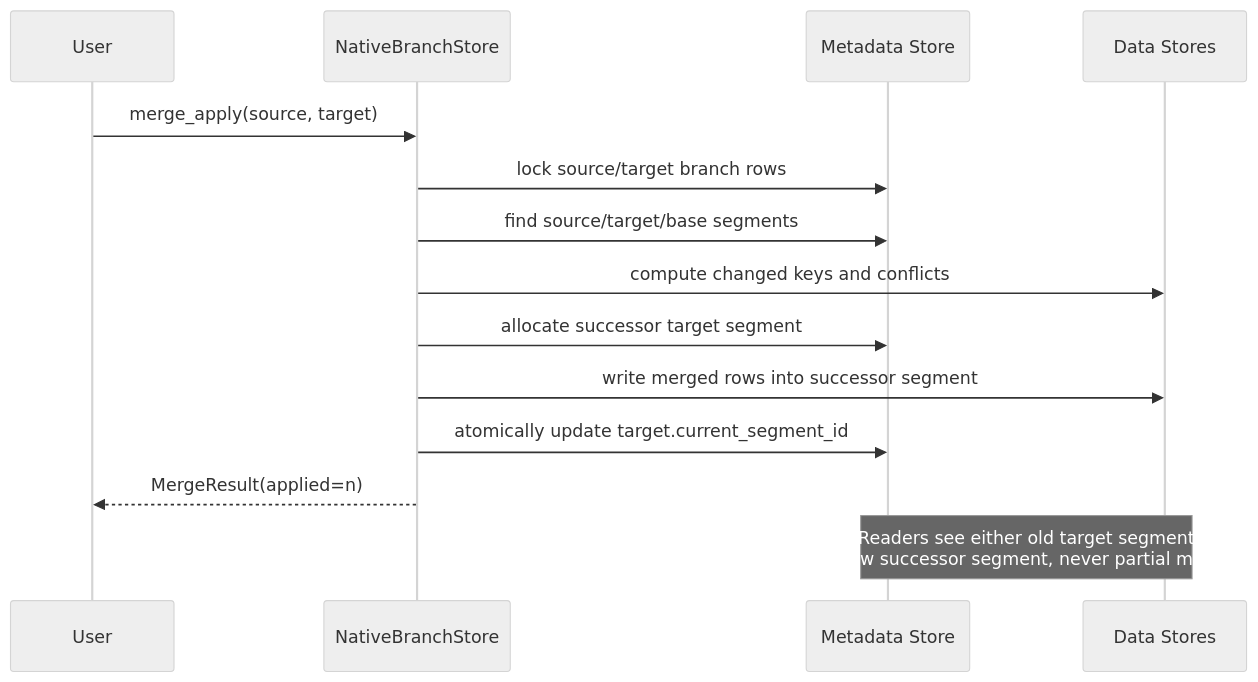
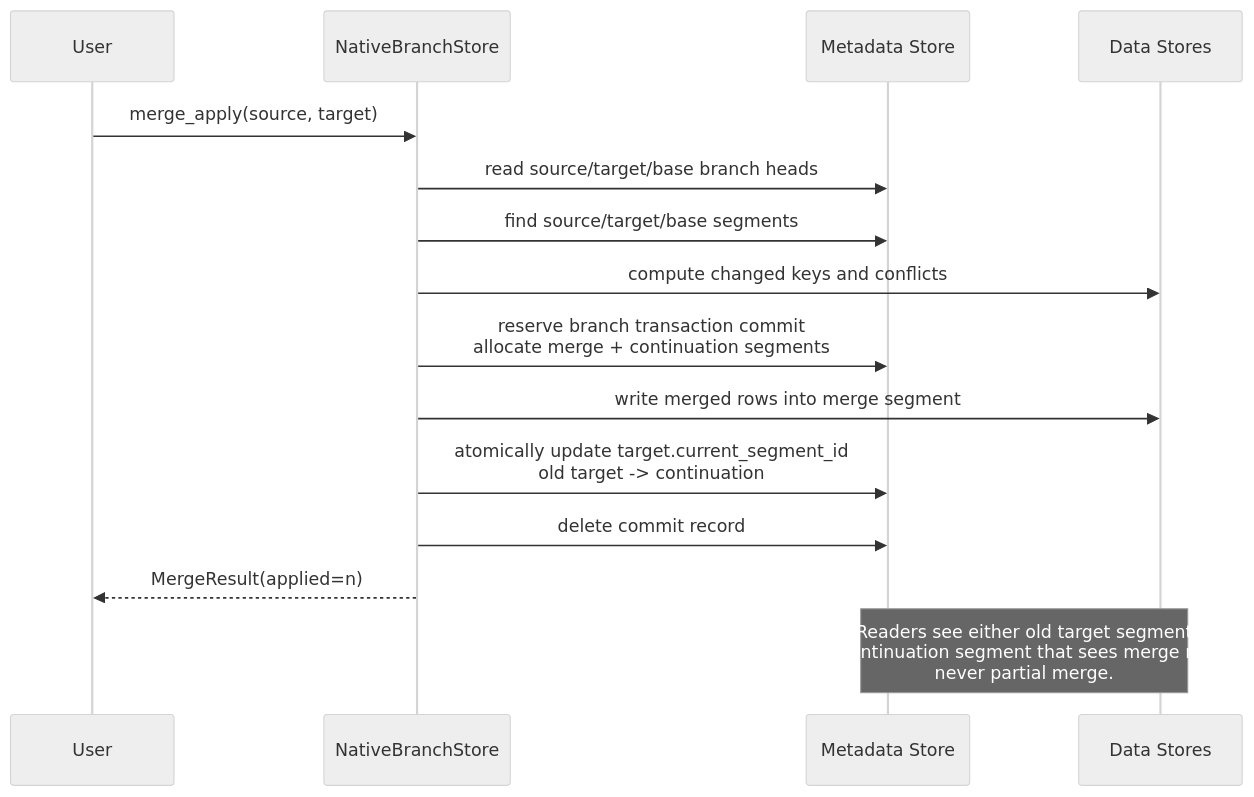
One commit to mitdbg/chronos changed the diagram in docs/diagrams/interval-merge-publish.mmd. Above: the diagram before and after it, drawn with Mermaid (neutral theme). The commit also changed 35 other files, not shown here.

First line of the commit message:
feat: add native multi-store branch commits

```diff
--- a/docs/diagrams/interval-merge-publish.mmd
+++ b/docs/diagrams/interval-merge-publish.mmd
@@ -1,16 +1,17 @@
 sequenceDiagram
   participant User
   participant Native as NativeBranchStore
   participant Meta as Metadata Store
   participant Data as Data Stores
 
   User->>Native: merge_apply(source, target)
-  Native->>Meta: lock source/target branch rows
+  Native->>Meta: read source/target/base branch heads
   Native->>Meta: find source/target/base segments
   Native->>Data: compute changed keys and conflicts
-  Native->>Meta: allocate successor target segment
-  Native->>Data: write merged rows into successor segment
-  Native->>Meta: atomically update target.current_segment_id
+  Native->>Meta: reserve branch transaction commit<br/>allocate merge + continuation segments
+  Native->>Data: write merged rows into merge segment
+  Native->>Meta: atomically update target.current_segment_id<br/>old target -> continuation
+  Native->>Meta: delete commit record
   Native-->>User: MergeResult(applied=n)
 
-  Note over Meta,Data: Readers see either old target segment<br/>or new successor segment, never partial merge.
+  Note over Meta,Data: Readers see either old target segment<br/>or continuation segment that sees merge rows,<br/>never partial merge.
```
